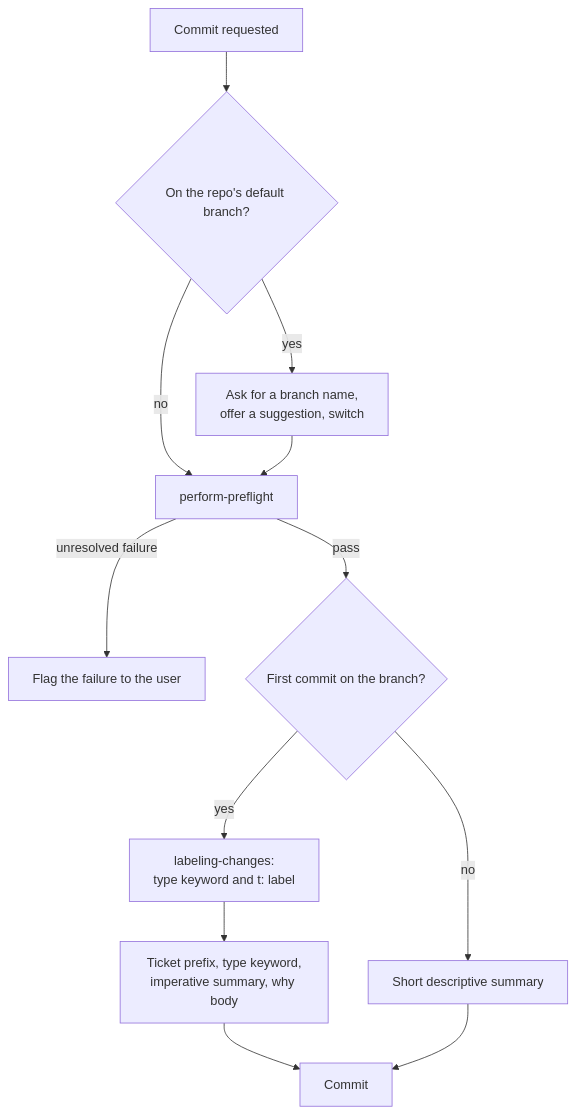
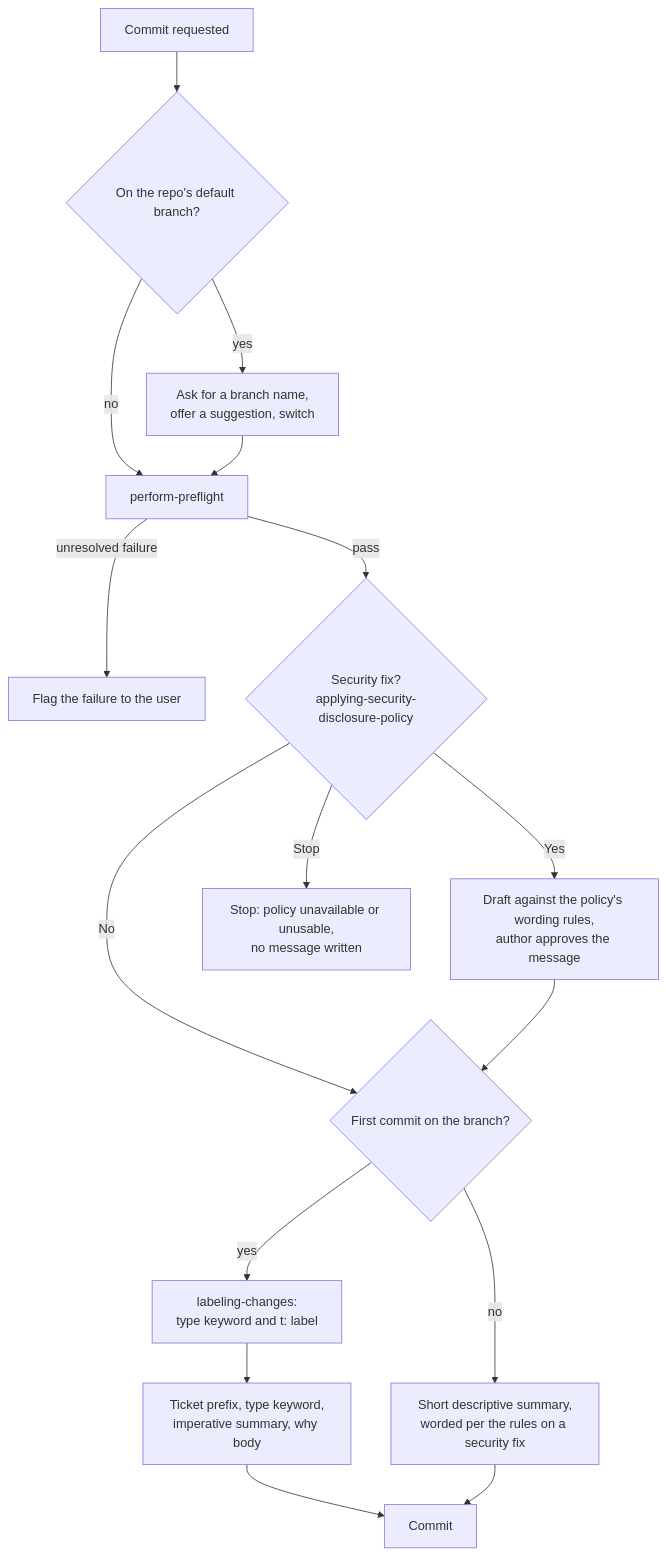
Before and after one commit to bitwarden/ai-plugins: the second of 4 diagrams in plugins/bitwarden-delivery-tools/docs/commit-and-pr-flows.md, drawn with Mermaid. The commit also changed other lines of this file and 21 other files, not shown here.

First line of the commit message:
feat(bitwarden-delivery-tools): gate security-fix disclosure policy behind Confluence (#239)

````diff
--- a/plugins/bitwarden-delivery-tools/docs/commit-and-pr-flows.md
+++ b/plugins/bitwarden-delivery-tools/docs/commit-and-pr-flows.md
@@ -11,25 +57,32 @@
 ```mermaid
 graph TD
     start[Commit requested]
     onDefault{On the repo's default branch?}
     newBranch[Ask for a branch name,<br/>offer a suggestion, switch]
     preflight[perform-preflight]
     blocked[Flag the failure to the user]
+    disclosure{Security fix?<br/>applying-security-disclosure-policy}
+    rules[Draft against the policy's wording rules,<br/>author approves the message]
+    policyStop[Stop: policy unavailable or unusable,<br/>no message written]
     first{First commit on the branch?}
     typeKeyword[labeling-changes:<br/>type keyword and t: label]
     full[Ticket prefix, type keyword,<br/>imperative summary, why body]
-    short[Short descriptive summary]
+    short[Short descriptive summary,<br/>worded per the rules on a security fix]
     done[Commit]
 
     start --> onDefault
     onDefault -->|yes| newBranch
     onDefault -->|no| preflight
     newBranch --> preflight
-    preflight -->|pass| first
+    preflight -->|pass| disclosure
+    disclosure -->|No| first
+    disclosure -->|Yes| rules
+    disclosure -->|Stop| policyStop
+    rules --> first
     preflight -->|unresolved failure| blocked
     first -->|yes| typeKeyword
     typeKeyword --> full
     first -->|no| short
     full --> done
     short --> done
 ```
````
